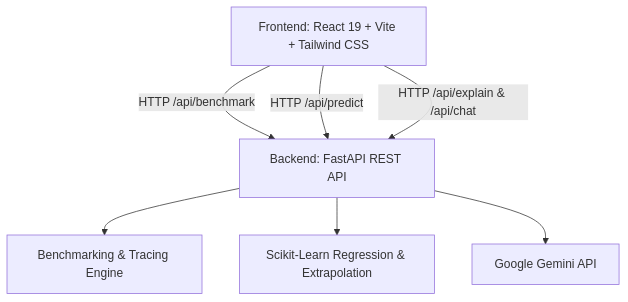
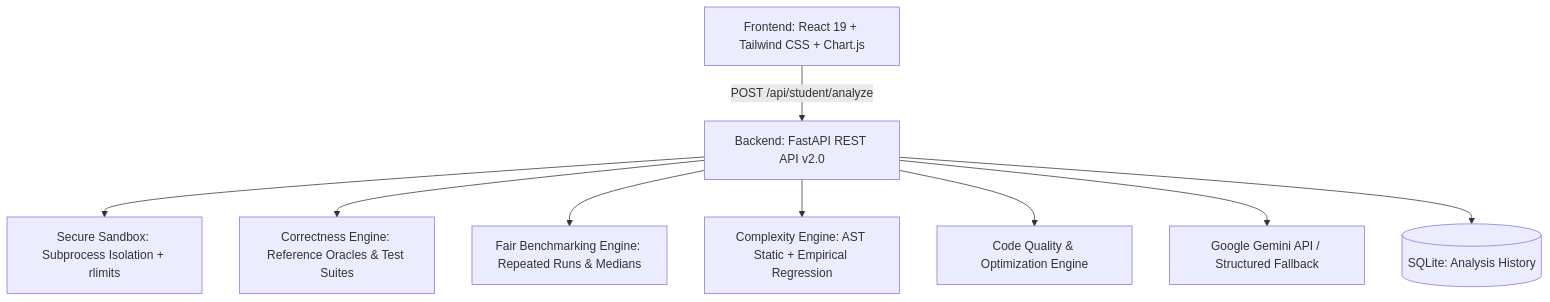
One commit to arnav-bansal-20/algorithm-heatmap-analyzer changed the diagram in README.md. Above: the diagram before and after it, drawn with Mermaid. The commit also changed other lines of this file and 37 other files, not shown here.

Commit message:
feat: Transform into Student Algorithm Analyzer with multi-language sandbox, correctness oracle, complexity analysis, and top navigation

````diff
--- a/README.md
+++ b/README.md
@@ -48,15 +104,21 @@
 ```mermaid
 graph TD
-    UI[Frontend: React 19 + Vite + Tailwind CSS]
-    API[Backend: FastAPI REST API]
-    BENCH[Benchmarking & Tracing Engine]
-    ML[Scikit-Learn Regression & Extrapolation]
-    GEMINI[Google Gemini API]
+    UI[Frontend: React 19 + Tailwind CSS + Chart.js]
+    API[Backend: FastAPI REST API v2.0]
+    SANDBOX[Secure Sandbox: Subprocess Isolation + rlimits]
+    ORACLE[Correctness Engine: Reference Oracles & Test Suites]
+    BENCH[Fair Benchmarking Engine: Repeated Runs & Medians]
+    COMPLEXITY[Complexity Engine: AST Static + Empirical Regression]
+    QUALITY[Code Quality & Optimization Engine]
+    GEMINI[Google Gemini API / Structured Fallback]
+    DB[(SQLite: Analysis History)]
 
-    UI -->|HTTP /api/benchmark| API
-    UI -->|HTTP /api/predict| API
-    UI -->|HTTP /api/explain & /api/chat| API
+    UI -->|POST /api/student/analyze| API
+    API --> SANDBOX
+    API --> ORACLE
     API --> BENCH
-    API --> ML
+    API --> COMPLEXITY
+    API --> QUALITY
     API --> GEMINI
+    API --> DB
 ```
````
